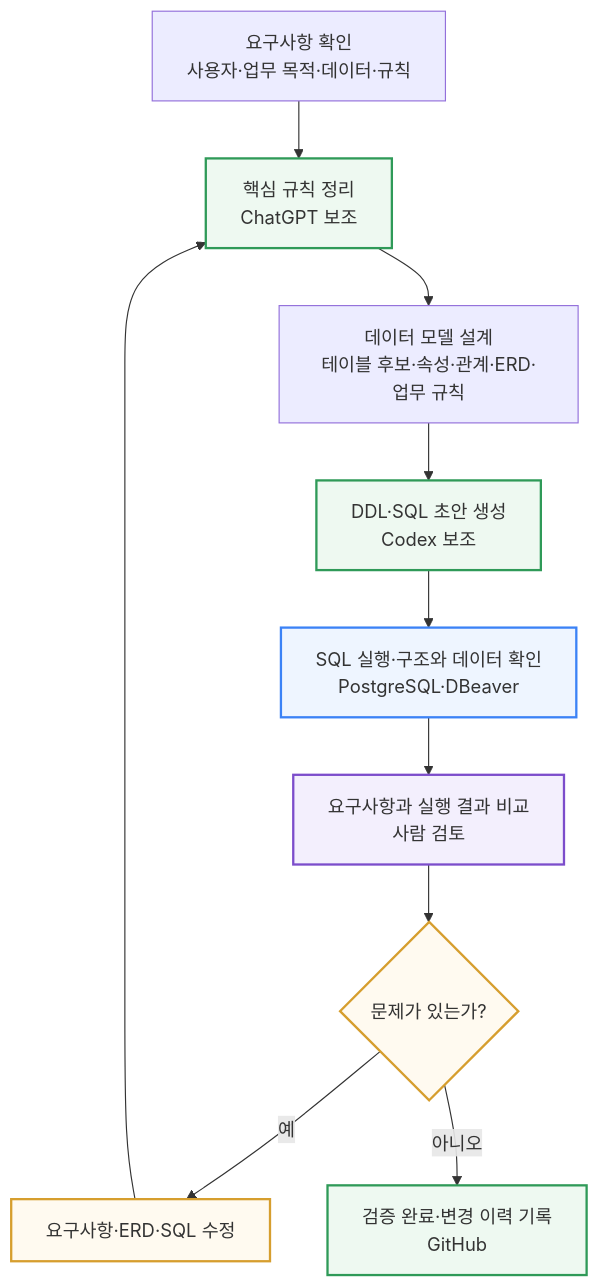
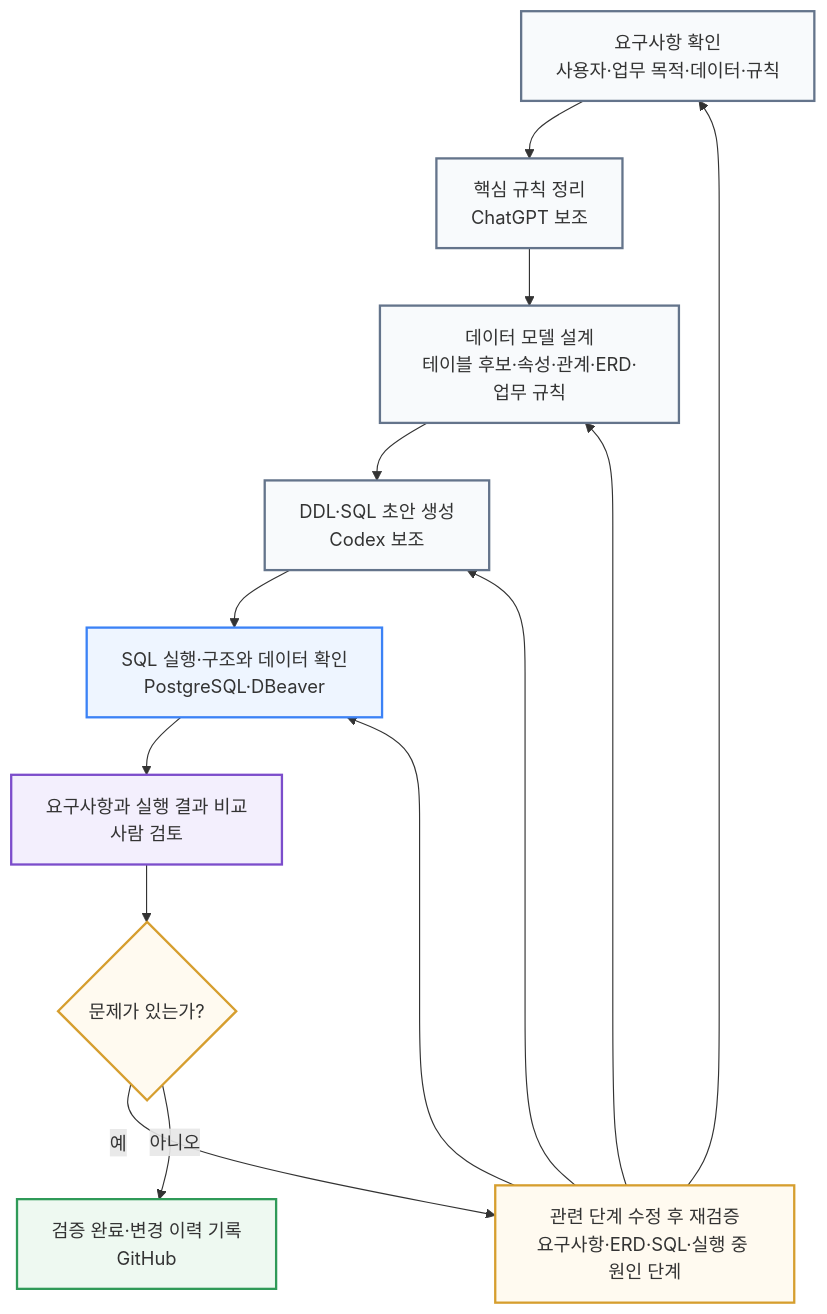
Before and after one commit to GilbertMoon/ai-database-book: the diagram in images/chapter01/ch01_03_ai_db_learning_flow.mmd, drawn with Mermaid.

Commit message:
1장 AI DB 학습 흐름 Mermaid 원본 동기화

```diff
--- a/images/chapter01/ch01_03_ai_db_learning_flow.mmd
+++ b/images/chapter01/ch01_03_ai_db_learning_flow.mmd
@@ -1,22 +1,26 @@
 flowchart TD
     A[요구사항 확인<br/>사용자·업무 목적·데이터·규칙] --> B[핵심 규칙 정리<br/>ChatGPT 보조]
     B --> C[데이터 모델 설계<br/>테이블 후보·속성·관계·ERD·업무 규칙]
     C --> D[DDL·SQL 초안 생성<br/>Codex 보조]
     D --> E[SQL 실행·구조와 데이터 확인<br/>PostgreSQL·DBeaver]
     E --> F[요구사항과 실행 결과 비교<br/>사람 검토]
     F --> G{문제가 있는가?}
-    G -- 예 --> H[요구사항·ERD·SQL 수정]
-    H --> B
+    G -- 예 --> H[관련 단계 수정 후 재검증<br/>요구사항·ERD·SQL·실행 중 원인 단계]
     G -- 아니오 --> I[검증 완료·변경 이력 기록<br/>GitHub]
 
-    classDef ai fill:#eef9f1,stroke:#2f9a58,stroke-width:2px;
+    H --> A
+    H --> C
+    H --> D
+    H --> E
+
+    classDef step fill:#f8fafc,stroke:#64748b,stroke-width:2px;
     classDef execute fill:#eef5ff,stroke:#3b82f6,stroke-width:2px;
     classDef human fill:#f3effd,stroke:#7c4dcb,stroke-width:2px;
     classDef decision fill:#fffaf0,stroke:#d69e2e,stroke-width:2px;
     classDef complete fill:#eef9f1,stroke:#2f9a58,stroke-width:2px;
 
-    class B,D ai;
+    class A,B,C,D step;
     class E execute;
     class F human;
     class G,H decision;
     class I complete;
```
